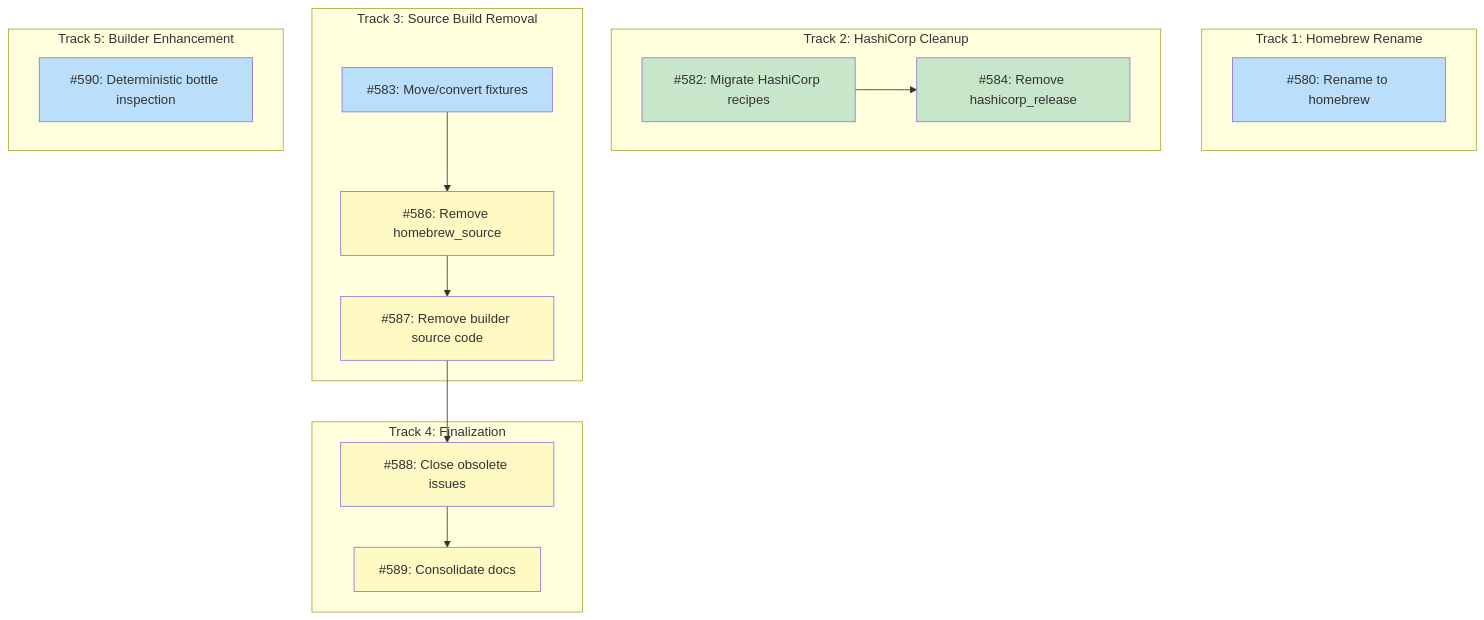
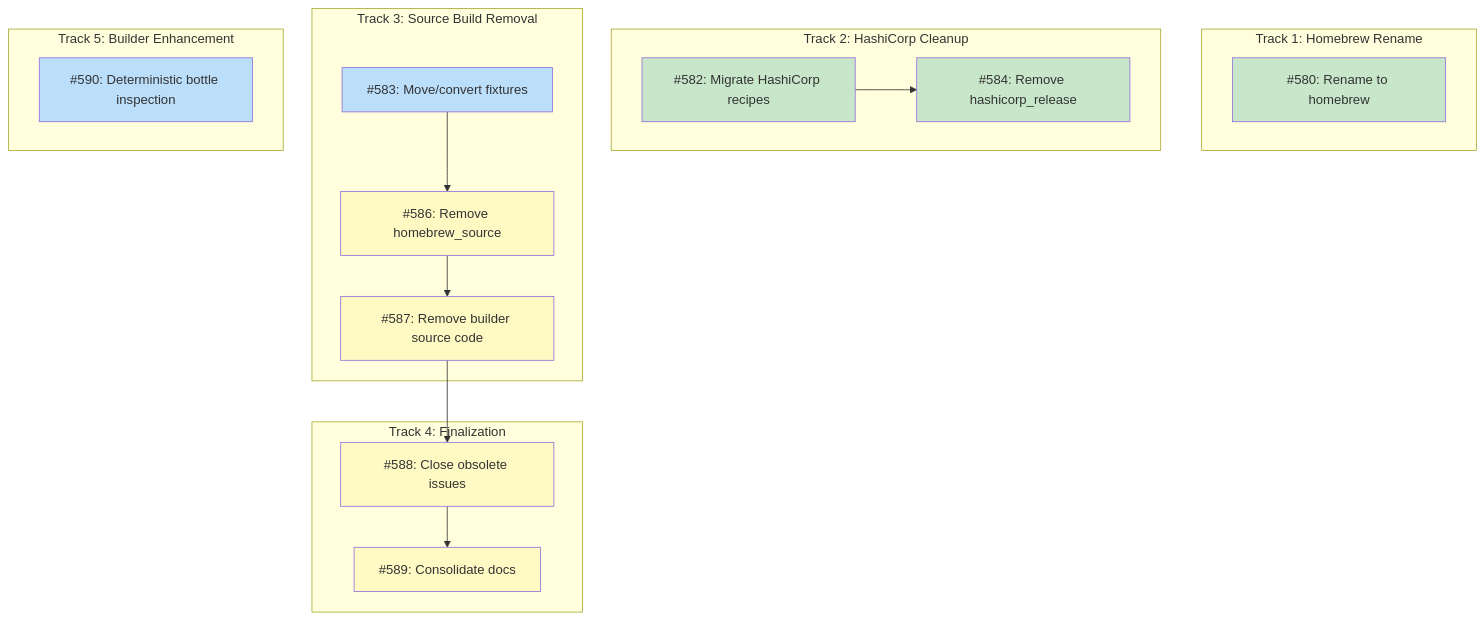
Before and after one commit to tsuku-dev/tsuku: the diagram in docs/DESIGN-homebrew-cleanup.md, drawn with Mermaid. The commit also changed other lines of this file, not shown here.

Commit message:
docs: mark issue #580 as done in design doc

````diff
--- a/docs/DESIGN-homebrew-cleanup.md
+++ b/docs/DESIGN-homebrew-cleanup.md
@@ -23,41 +23,41 @@
 ```mermaid
 graph TD
     subgraph Track1["Track 1: Homebrew Rename"]
         I580["#580: Rename to homebrew"]
     end
 
     subgraph Track2["Track 2: HashiCorp Cleanup"]
         I582["#582: Migrate HashiCorp recipes"]
         I584["#584: Remove hashicorp_release"]
     end
 
     subgraph Track3["Track 3: Source Build Removal"]
         I583["#583: Move/convert fixtures"]
         I586["#586: Remove homebrew_source"]
         I587["#587: Remove builder source code"]
     end
 
     subgraph Track4["Track 4: Finalization"]
         I588["#588: Close obsolete issues"]
         I589["#589: Consolidate docs"]
     end
 
     subgraph Track5["Track 5: Builder Enhancement"]
         I590["#590: Deterministic bottle inspection"]
     end
 
     I582 --> I584
     I583 --> I586
     I586 --> I587
     I587 --> I588
     I588 --> I589
 
     classDef done fill:#c8e6c9
     classDef ready fill:#bbdefb
     classDef blocked fill:#fff9c4
     classDef needsDesign fill:#e1bee7
 
-    class I582,I584 done
-    class I580,I583,I590 ready
+    class I580,I582,I584 done
+    class I583,I590 ready
     class I586,I587,I588,I589 blocked
 ```
````
